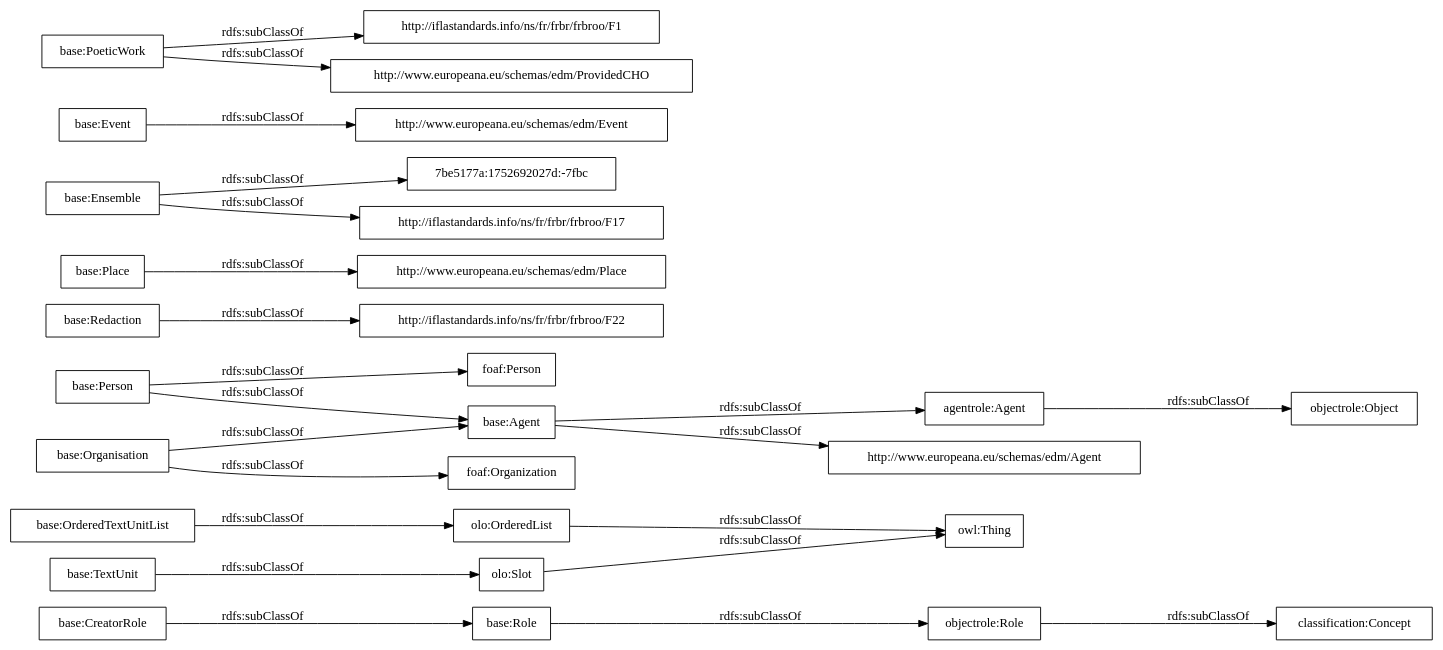
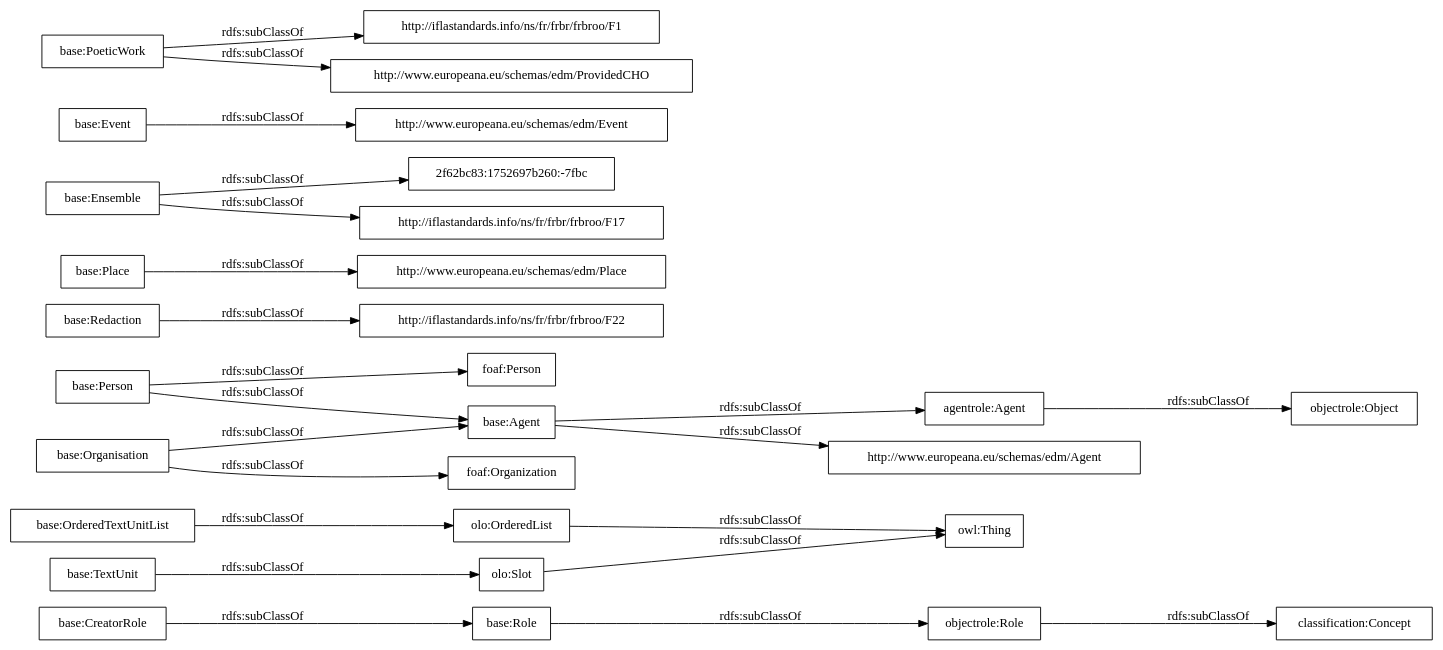
One commit to OnToologyUser/core-ontology-1 changed the diagram in OnToology/postdata-core.owl/diagrams/ar2dtool-taxonomy/postdata-core.owl.png.dot. Above: the diagram before and after it, drawn with Graphviz. The commit also changed 14 other files, not shown here.

```diff
--- a/OnToology/postdata-core.owl/diagrams/ar2dtool-taxonomy/postdata-core.owl.png.dot
+++ b/OnToology/postdata-core.owl/diagrams/ar2dtool-taxonomy/postdata-core.owl.png.dot
@@ -1,27 +1,27 @@
 digraph ar2dtool_diagram { 
 rankdir=LR;
 size="1000"
-node [shape = rectangle, color="black"]; "base:Role" "base:OrderedTextUnitList" "agentrole:Agent" "http://iflastandards.info/ns/fr/frbr/frbroo/F22" "http://www.europeana.eu/schemas/edm/Agent" "base:Agent" "base:CreatorRole" "base:Person" "base:Organisation" "http://www.europeana.eu/schemas/edm/Place" "base:Redaction" "base:Ensemble" "foaf:Person" "http://www.europeana.eu/schemas/edm/Event" "base:TextUnit" "http://iflastandards.info/ns/fr/frbr/frbroo/F1" "foaf:Organization" "http://www.europeana.eu/schemas/edm/ProvidedCHO" "base:Place" "base:Event" "7be5177a:1752692027d:-7fbc" "base:PoeticWork" "http://iflastandards.info/ns/fr/frbr/frbroo/F17" "owl:Thing" "objectrole:Role" "objectrole:Object" "olo:Slot" "olo:OrderedList" "classification:Concept" ; /*classes style*/
+node [shape = rectangle, color="black"]; "base:Role" "base:OrderedTextUnitList" "agentrole:Agent" "http://iflastandards.info/ns/fr/frbr/frbroo/F22" "http://www.europeana.eu/schemas/edm/Agent" "base:Agent" "base:CreatorRole" "base:Person" "base:Organisation" "http://www.europeana.eu/schemas/edm/Place" "base:Redaction" "base:Ensemble" "foaf:Person" "http://www.europeana.eu/schemas/edm/Event" "base:TextUnit" "http://iflastandards.info/ns/fr/frbr/frbroo/F1" "foaf:Organization" "2f62bc83:1752697b260:-7fbc" "http://www.europeana.eu/schemas/edm/ProvidedCHO" "base:Place" "base:Event" "base:PoeticWork" "http://iflastandards.info/ns/fr/frbr/frbroo/F17" "owl:Thing" "objectrole:Role" "objectrole:Object" "olo:Slot" "olo:OrderedList" "classification:Concept" ; /*classes style*/
 	"base:Redaction" -> "http://iflastandards.info/ns/fr/frbr/frbroo/F22" [ label = "rdfs:subClassOf" ];
 	"base:Role" -> "objectrole:Role" [ label = "rdfs:subClassOf" ];
 	"base:Event" -> "http://www.europeana.eu/schemas/edm/Event" [ label = "rdfs:subClassOf" ];
 	"base:Person" -> "foaf:Person" [ label = "rdfs:subClassOf" ];
 	"base:Person" -> "base:Agent" [ label = "rdfs:subClassOf" ];
 	"olo:OrderedList" -> "owl:Thing" [ label = "rdfs:subClassOf" ];
 	"olo:Slot" -> "owl:Thing" [ label = "rdfs:subClassOf" ];
 	"base:PoeticWork" -> "http://www.europeana.eu/schemas/edm/ProvidedCHO" [ label = "rdfs:subClassOf" ];
 	"base:PoeticWork" -> "http://iflastandards.info/ns/fr/frbr/frbroo/F1" [ label = "rdfs:subClassOf" ];
 	"base:TextUnit" -> "olo:Slot" [ label = "rdfs:subClassOf" ];
 	"agentrole:Agent" -> "objectrole:Object" [ label = "rdfs:subClassOf" ];
-	"base:Ensemble" -> "7be5177a:1752692027d:-7fbc" [ label = "rdfs:subClassOf" ];
+	"base:Ensemble" -> "2f62bc83:1752697b260:-7fbc" [ label = "rdfs:subClassOf" ];
 	"base:Ensemble" -> "http://iflastandards.info/ns/fr/frbr/frbroo/F17" [ label = "rdfs:subClassOf" ];
 	"base:OrderedTextUnitList" -> "olo:OrderedList" [ label = "rdfs:subClassOf" ];
 	"base:Agent" -> "agentrole:Agent" [ label = "rdfs:subClassOf" ];
 	"base:Agent" -> "http://www.europeana.eu/schemas/edm/Agent" [ label = "rdfs:subClassOf" ];
 	"objectrole:Role" -> "classification:Concept" [ label = "rdfs:subClassOf" ];
 	"base:Place" -> "http://www.europeana.eu/schemas/edm/Place" [ label = "rdfs:subClassOf" ];
 	"base:Organisation" -> "foaf:Organization" [ label = "rdfs:subClassOf" ];
 	"base:Organisation" -> "base:Agent" [ label = "rdfs:subClassOf" ];
 	"base:CreatorRole" -> "base:Role" [ label = "rdfs:subClassOf" ];
 
 }
```
